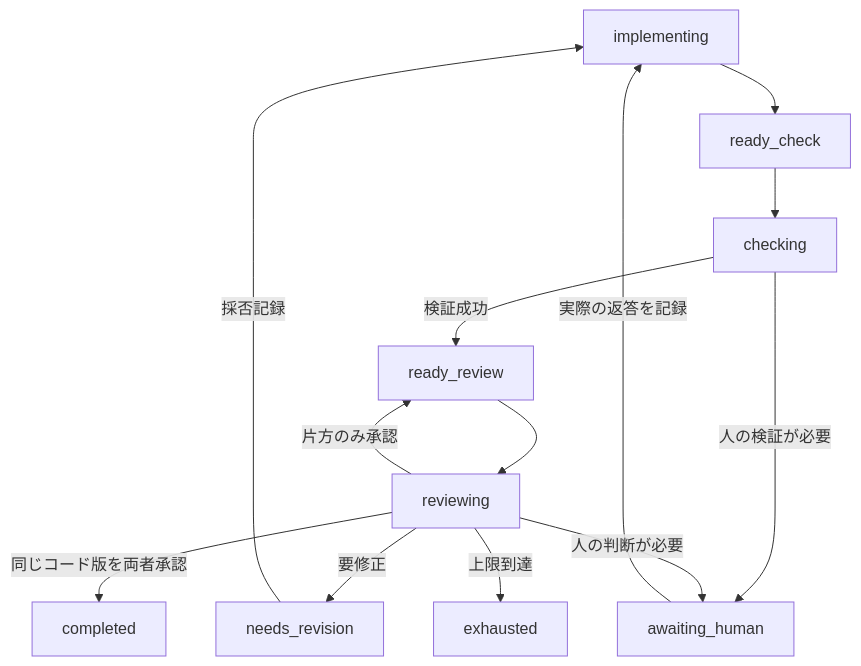
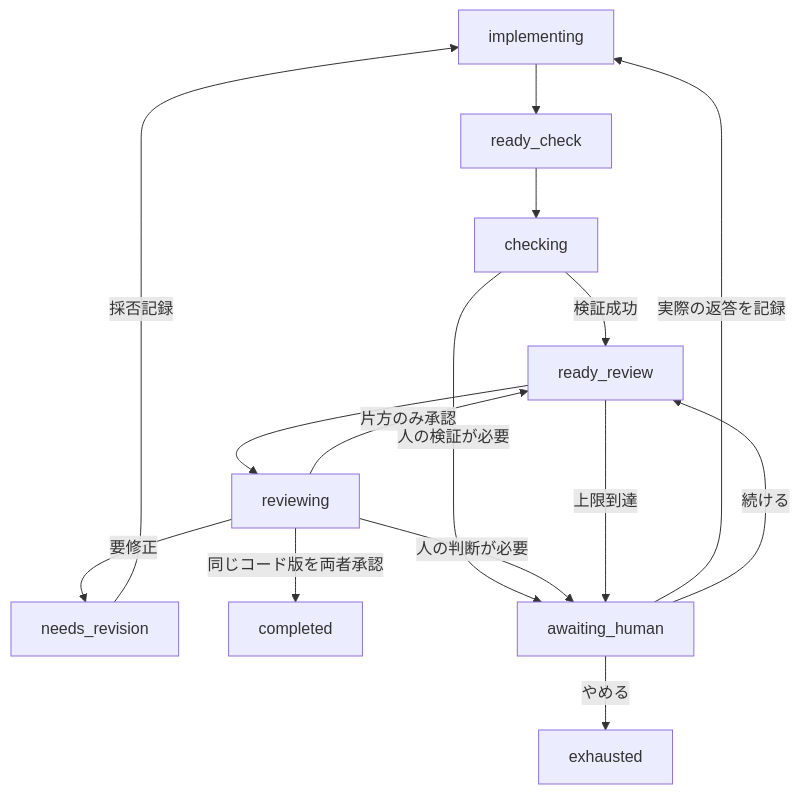
Before and after one commit to rysh25/devflow: the second of 2 diagrams in docs/architecture.md, drawn with Mermaid. The commit also changed other lines of this file and 27 other files, not shown here.

````diff
--- a/docs/architecture.md
+++ b/docs/architecture.md
@@ -79,15 +79,17 @@
 ```mermaid
 flowchart TD
     I[implementing] --> C[ready_check]
     C --> K[checking]
     K -->|検証成功| R[ready_review]
     R --> V[reviewing]
     V -->|要修正| N[needs_revision]
     N -->|採否記録| I
     V -->|片方のみ承認| R
     V -->|同じコード版を両者承認| D[completed]
     K -->|人の検証が必要| H[awaiting_human]
     V -->|人の判断が必要| H
     H -->|実際の返答を記録| I
-    V -->|上限到達| E[exhausted]
+    R -->|上限到達| H
+    H -->|続ける| R
+    H -->|やめる| E[exhausted]
 ```
````
